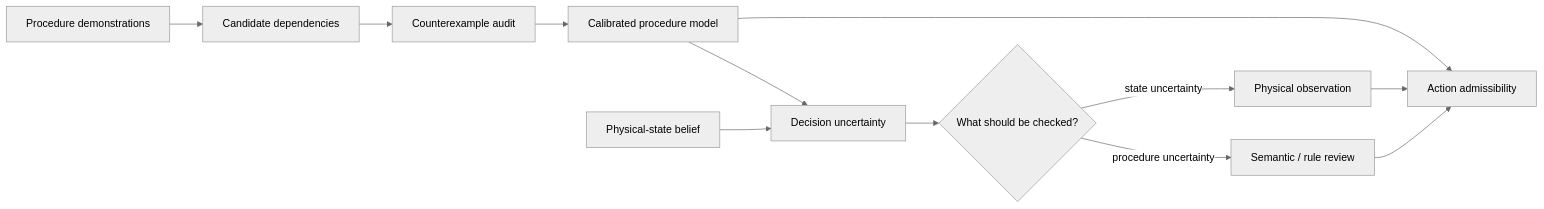
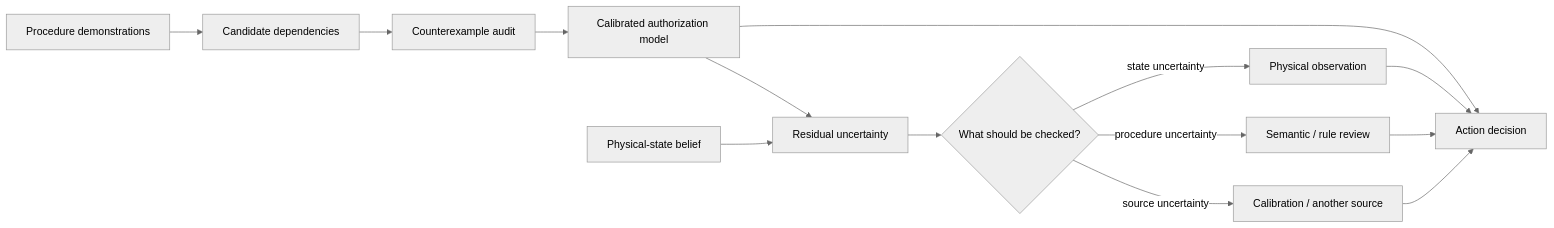
The diagram in README.md (lebedeffson/DOVOD), drawn with Mermaid (neutral theme) before and after one commit. The commit also changed other lines of this file and 1 other file, not shown here.

````diff
--- a/README.md
+++ b/README.md
@@ -21,15 +21,17 @@
 ```mermaid
 flowchart LR
     D[Procedure demonstrations] --> H[Candidate dependencies]
     H --> C[Counterexample audit]
-    C --> G[Calibrated procedure model]
-    G --> A[Action admissibility]
+    C --> G[Calibrated authorization model]
+    G --> A[Action decision]
 
-    S[Physical-state belief] --> U[Decision uncertainty]
+    S[Physical-state belief] --> U[Residual uncertainty]
     G --> U
     U --> Q{What should be checked?}
     Q -->|state uncertainty| P[Physical observation]
     Q -->|procedure uncertainty| R[Semantic / rule review]
+    Q -->|source uncertainty| K[Calibration / another source]
     P --> A
     R --> A
+    K --> A
 ```
````
